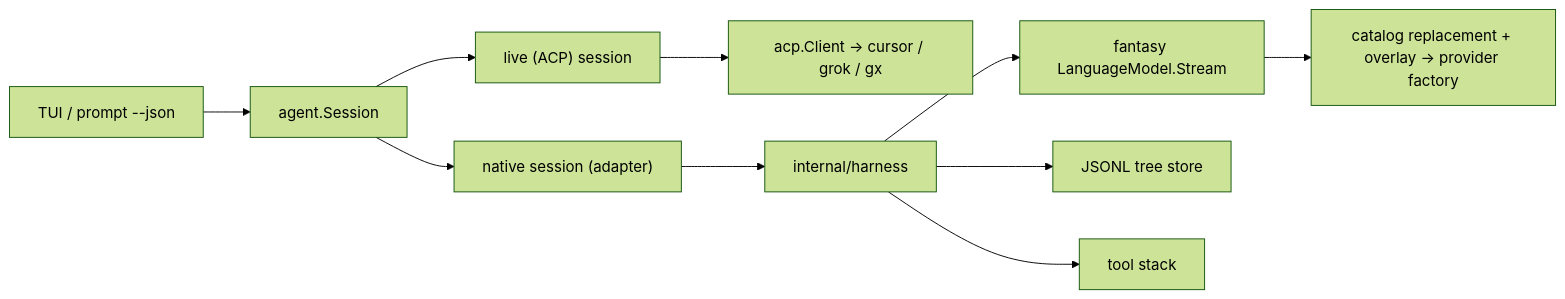
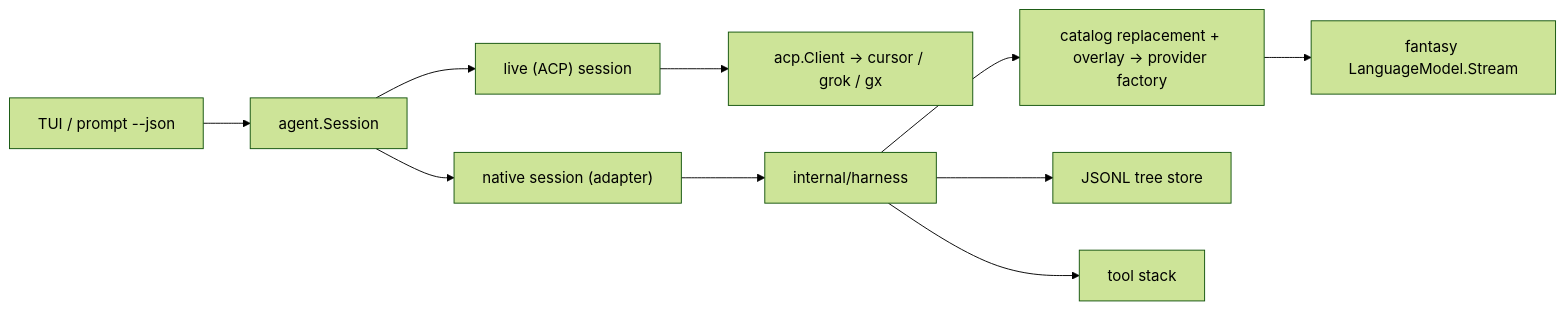
One commit to charliek/craze changed the diagram in discovery/native-harness/02-architecture.md. Above: the diagram before and after it, drawn with Mermaid (forest theme). The commit also changed 2 other files, not shown here.

Commit message:
docs: address native harness review feedback
Correct the provider-factory dependency direction and place the Go 1.27 prerequisite before both source-install paths.

Review: CodeRabbit CLI 0.7.6, final pass zero findings.

````diff
--- a/discovery/native-harness/02-architecture.md
+++ b/discovery/native-harness/02-architecture.md
@@ -13,12 +13,12 @@
 ```mermaid
 flowchart LR
   tui["TUI / prompt --json"] --> session["agent.Session"]
   session --> live["live (ACP) session"]
   session --> native["native session (adapter)"]
   live --> acp["acp.Client → cursor / grok / gx"]
   native --> harness["internal/harness"]
-  harness --> fantasy["fantasy LanguageModel.Stream"]
+  harness --> providers["catalog replacement + overlay → provider factory"]
+  providers --> fantasy["fantasy LanguageModel.Stream"]
   harness --> store["JSONL tree store"]
   harness --> tools["tool stack"]
-  fantasy --> providers["catalog replacement + overlay → provider factory"]
 ```
````
